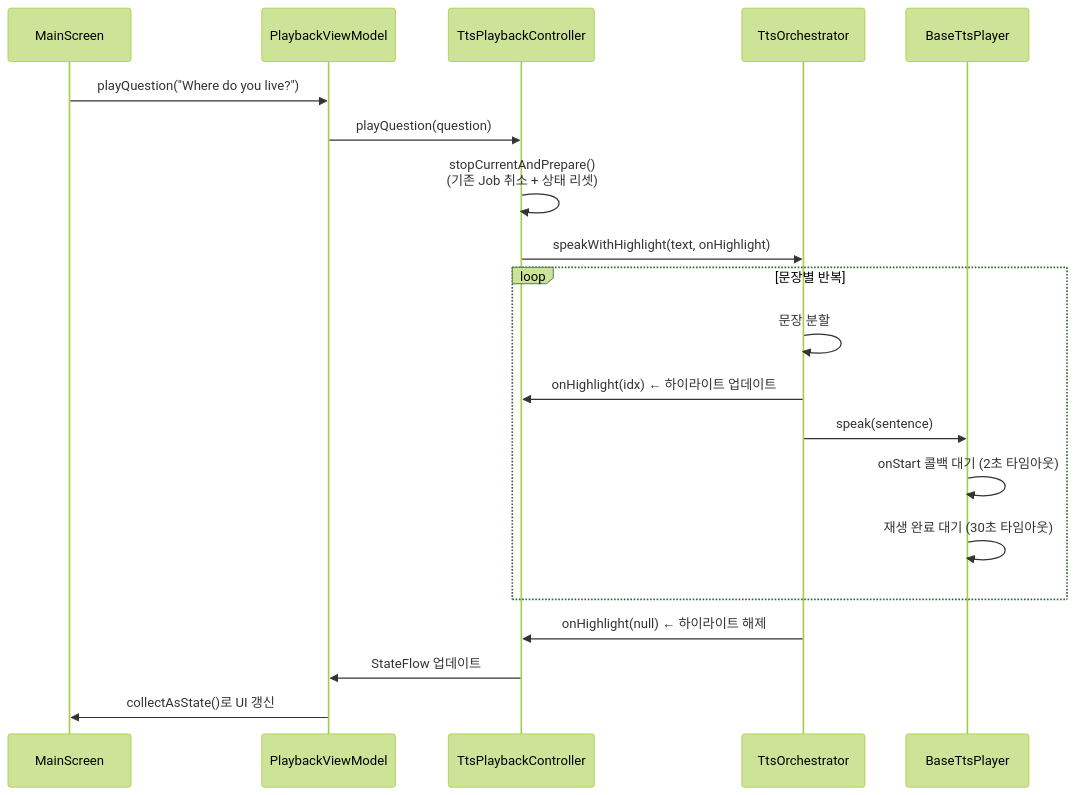
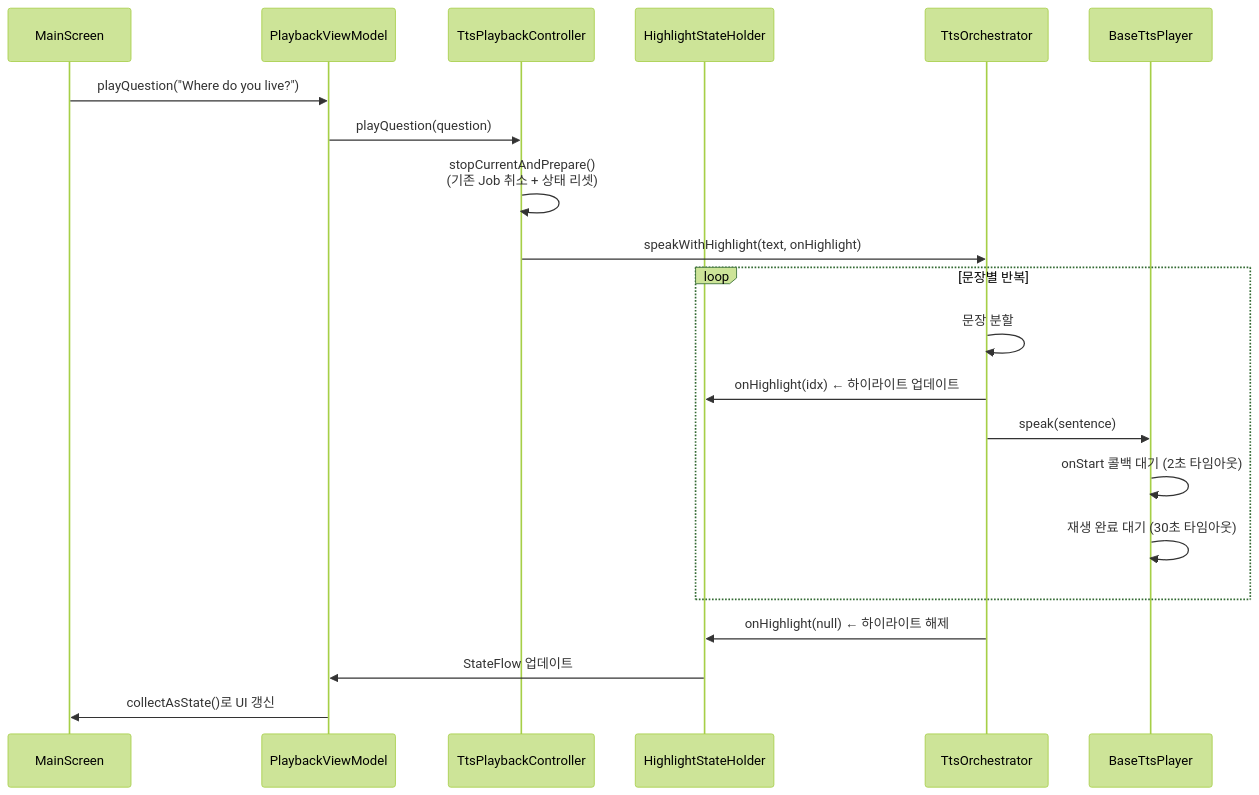
One commit to AlgoLovers/OPIcHelper changed the second of 8 diagrams in .claude/architecture/ARCHITECTURE.md. Above: the diagram before and after it, drawn with Mermaid (forest theme). The commit also changed other lines of this file and 9 other files, not shown here.

````diff
--- a/.claude/architecture/ARCHITECTURE.md
+++ b/.claude/architecture/ARCHITECTURE.md
@@ -116,23 +138,24 @@
 ```mermaid
 sequenceDiagram
     participant UI as MainScreen
     participant PVM as PlaybackViewModel
     participant TPC as TtsPlaybackController
+    participant HSH as HighlightStateHolder
     participant TO as TtsOrchestrator
     participant TTS as BaseTtsPlayer
 
     UI->>PVM: playQuestion("Where do you live?")
     PVM->>TPC: playQuestion(question)
     TPC->>TPC: stopCurrentAndPrepare()<br/>(기존 Job 취소 + 상태 리셋)
     TPC->>TO: speakWithHighlight(text, onHighlight)
     loop 문장별 반복
         TO->>TO: 문장 분할
-        TO->>TPC: onHighlight(idx) ← 하이라이트 업데이트
+        TO->>HSH: onHighlight(idx) ← 하이라이트 업데이트
         TO->>TTS: speak(sentence)
         TTS->>TTS: onStart 콜백 대기 (2초 타임아웃)
         TTS->>TTS: 재생 완료 대기 (30초 타임아웃)
     end
-    TO->>TPC: onHighlight(null) ← 하이라이트 해제
-    TPC->>PVM: StateFlow 업데이트
+    TO->>HSH: onHighlight(null) ← 하이라이트 해제
+    HSH->>PVM: StateFlow 업데이트
     PVM->>UI: collectAsState()로 UI 갱신
 ```
````
